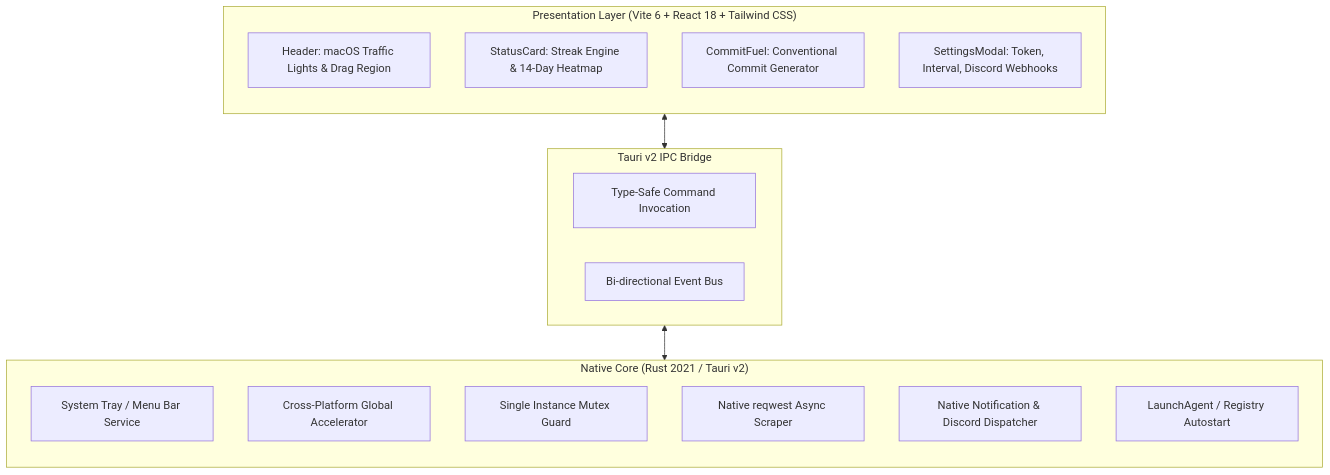
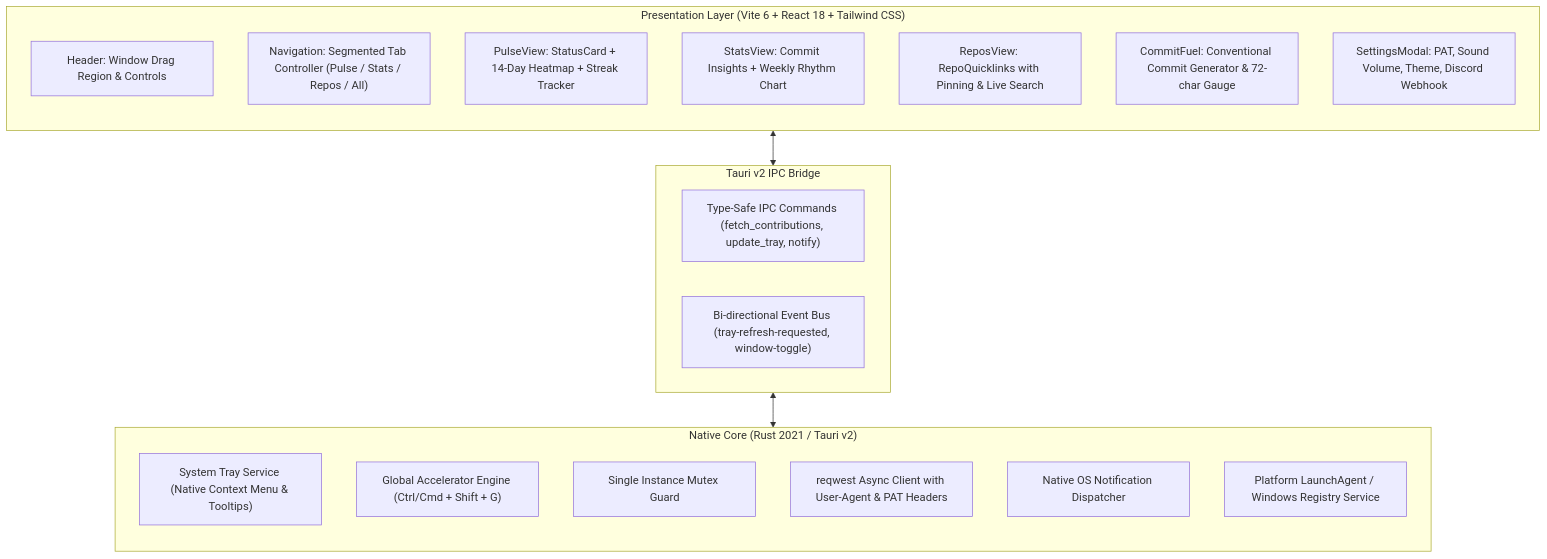
One commit to Andreyy05/GitPulse_Rust changed the diagram in README.md. Above: the diagram before and after it, drawn with Mermaid. The commit also changed other lines of this file and 2 other files, not shown here.

Commit message:
docs: overhaul README with dual UI previews, detailed feature telemetry, and architecture diagram

````diff
--- a/README.md
+++ b/README.md
@@ -149,27 +106,30 @@
 ```mermaid
 flowchart TD
     subgraph UI ["Presentation Layer (Vite 6 + React 18 + Tailwind CSS)"]
         direction TB
-        Header["Header: macOS Traffic Lights & Drag Region"]
-        Status["StatusCard: Streak Engine & 14-Day Heatmap"]
-        Fuel["CommitFuel: Conventional Commit Generator"]
-        Settings["SettingsModal: Token, Interval, Discord Webhooks"]
+        Header["Header: Window Drag Region & Controls"]
+        Nav["Navigation: Segmented Tab Controller (Pulse / Stats / Repos / All)"]
+        PulseView["PulseView: StatusCard + 14-Day Heatmap + Streak Tracker"]
+        StatsView["StatsView: Commit Insights + Weekly Rhythm Chart"]
+        ReposView["ReposView: RepoQuicklinks with Pinning & Live Search"]
+        FuelView["CommitFuel: Conventional Commit Generator & 72-char Gauge"]
+        Settings["SettingsModal: PAT, Sound Volume, Theme, Discord Webhook"]
     end
 
     subgraph IPC ["Tauri v2 IPC Bridge"]
-        Invoke["Type-Safe Command Invocation"]
-        Events["Bi-directional Event Bus"]
+        Commands["Type-Safe IPC Commands (fetch_contributions, update_tray, notify)"]
+        Events["Bi-directional Event Bus (tray-refresh-requested, window-toggle)"]
     end
 
     subgraph Core ["Native Core (Rust 2021 / Tauri v2)"]
         direction TB
-        Tray["System Tray / Menu Bar Service"]
-        Shortcuts["Cross-Platform Global Accelerator"]
-        SingleInst["Single Instance Mutex Guard"]
-        HTTP["Native reqwest Async Scraper"]
-        Notif["Native Notification & Discord Dispatcher"]
-        AutoStart["LaunchAgent / Registry Autostart"]
+        Tray["System Tray Service (Native Context Menu & Tooltips)"]
+        Shortcuts["Global Accelerator Engine (Ctrl/Cmd + Shift + G)"]
+        SingleInstance["Single Instance Mutex Guard"]
+        HTTPClient["reqwest Async Client with User-Agent & PAT Headers"]
+        NotifyEngine["Native OS Notification Dispatcher"]
+        AutoStartEngine["Platform LaunchAgent / Windows Registry Service"]
     end
 
     UI <--> IPC <--> Core
 ```
````
